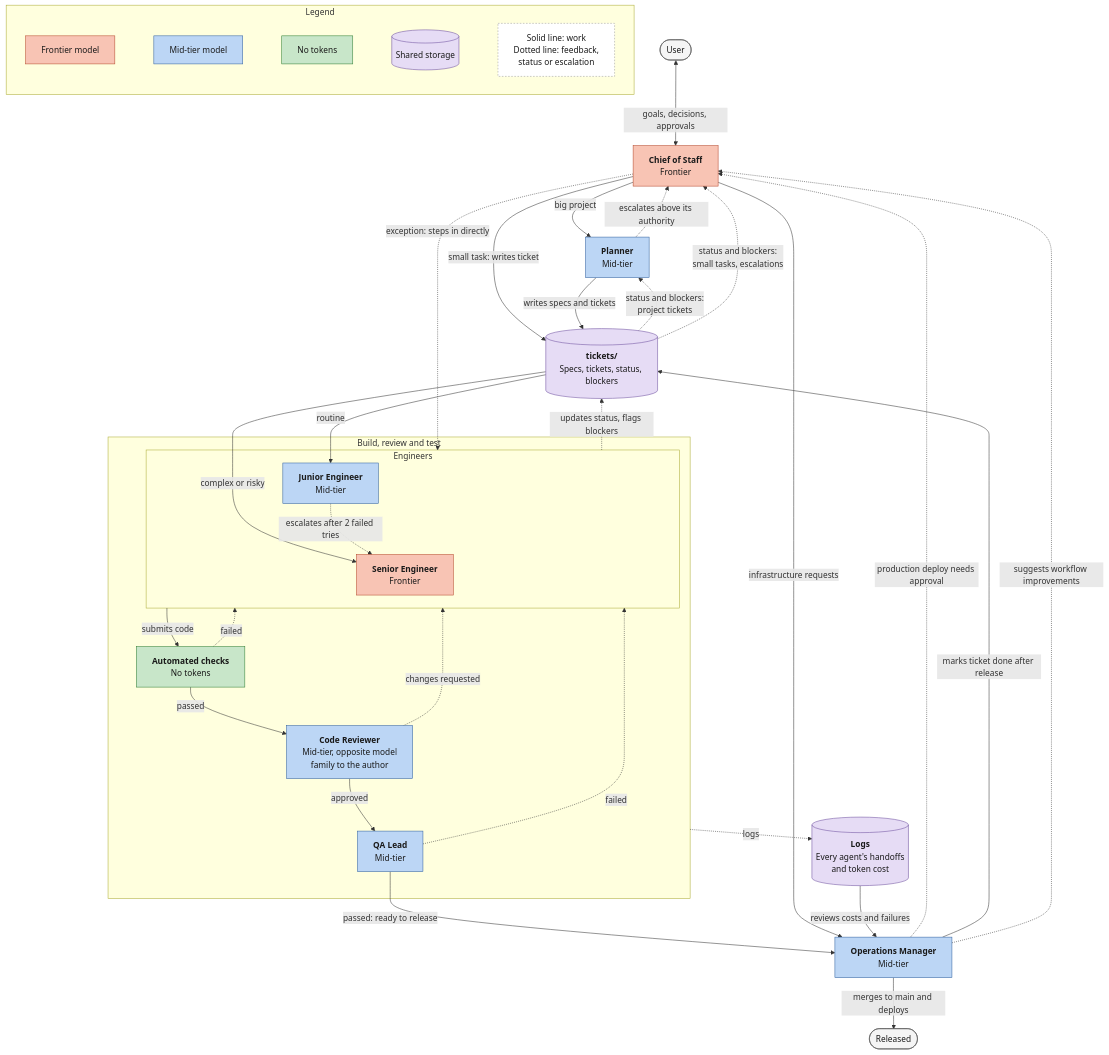
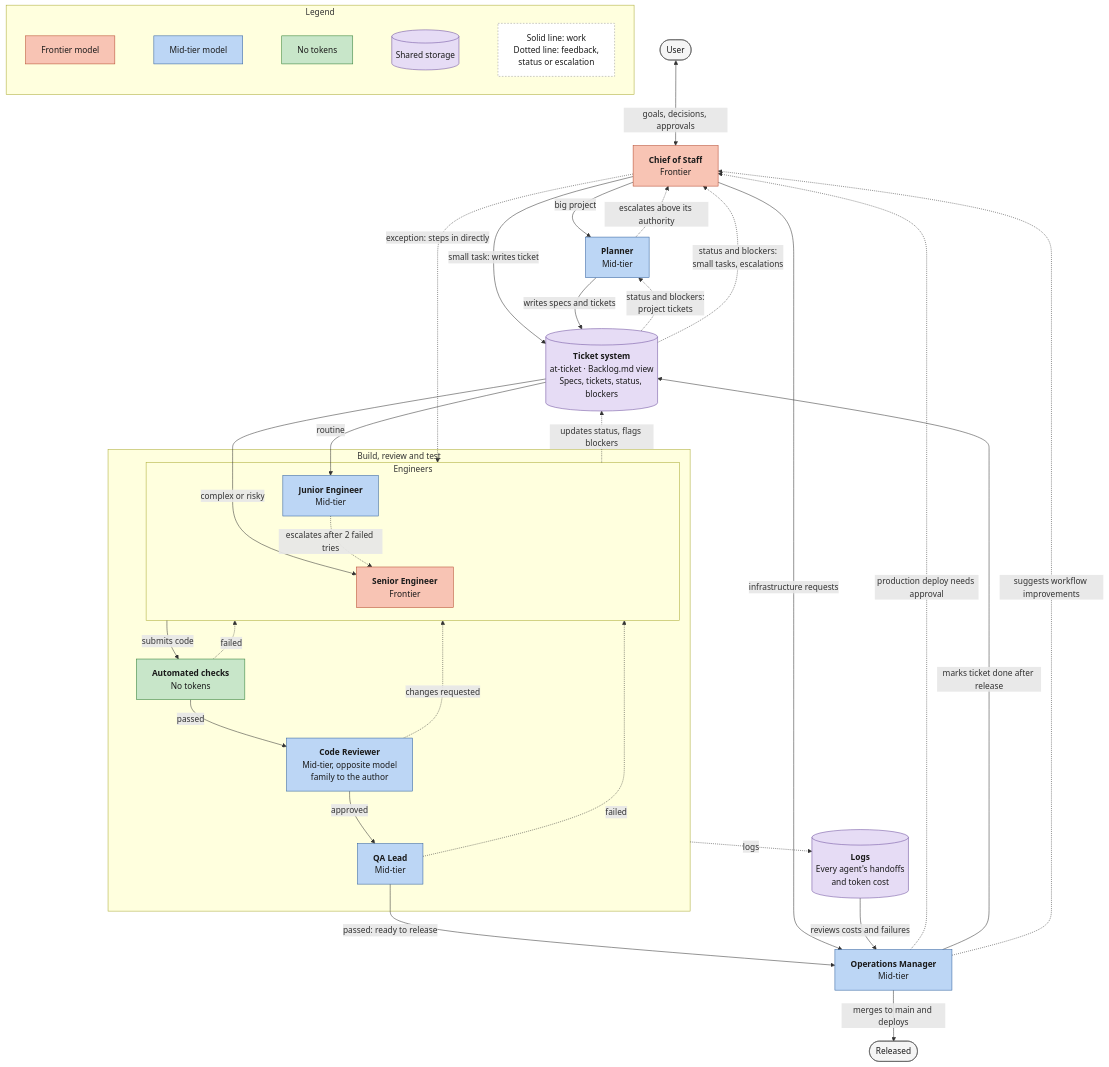
One commit to ProlesDei/maestro changed the diagram in docs/agent-team.mermaid. Above: the diagram before and after it, drawn with Mermaid. The commit also changed 45 other files, not shown here.

```diff
--- a/docs/agent-team.mermaid
+++ b/docs/agent-team.mermaid
@@ -1,83 +1,83 @@
 flowchart TD
     User([User])
 
     CoS["<b>Chief of Staff</b><br/>Frontier"]
     Planner["<b>Planner</b><br/>Mid-tier"]
-    Tickets[("<b>tickets/</b><br/>Specs, tickets, status, blockers")]
+    Tickets[("<b>Ticket system</b><br/>at-ticket · Backlog.md view<br/>Specs, tickets, status, blockers")]
 
     subgraph Build ["Build, review and test"]
         subgraph Engineers ["Engineers"]
             SSE["<b>Senior Engineer</b><br/>Frontier"]
             JSE["<b>Junior Engineer</b><br/>Mid-tier"]
         end
         Checks["<b>Automated checks</b><br/>No tokens"]
         CR["<b>Code Reviewer</b><br/>Mid-tier, opposite model<br/>family to the author"]
         QA["<b>QA Lead</b><br/>Mid-tier"]
     end
 
     Ops["<b>Operations Manager</b><br/>Mid-tier"]
     Logs[("<b>Logs</b><br/>Every agent's handoffs<br/>and token cost")]
     Done([Released])
 
     %% User and Chief of Staff
     User <-->|"goals, decisions, approvals"| CoS
 
     %% Planning
     CoS -->|"big project"| Planner
     CoS -->|"small task: writes ticket"| Tickets
     Planner -->|"writes specs and tickets"| Tickets
     Planner -.->|"escalates above its authority"| CoS
 
-    %% Status and blockers flow through the tickets folder
+    %% Status and blockers flow through the ticket system
     Tickets -.->|"status and blockers:<br/>project tickets"| Planner
     Tickets -.->|"status and blockers:<br/>small tasks, escalations"| CoS
 
     %% Engineers pick up work
     Tickets -->|"complex or risky"| SSE
     Tickets -->|"routine"| JSE
     JSE -.->|"escalates after 2 failed tries"| SSE
     Engineers -.->|"updates status, flags blockers"| Tickets
 
     %% Build, review, test
     Engineers -->|"submits code"| Checks
     Checks -->|"passed"| CR
     CR -->|"approved"| QA
     Checks -.->|"failed"| Engineers
     CR -.->|"changes requested"| Engineers
     QA -.->|"failed"| Engineers
 
     %% Exception path
     CoS -.->|"exception: steps in directly"| Engineers
 
     %% Release
     QA -->|"passed: ready to release"| Ops
     Ops -.->|"production deploy needs approval"| CoS
     Ops -->|"merges to main and deploys"| Done
     Ops -->|"marks ticket done after release"| Tickets
 
     %% Operations
     CoS -->|"infrastructure requests"| Ops
     Build -.->|"logs"| Logs
     Logs -->|"reviews costs and failures"| Ops
     Ops -.->|"suggests workflow improvements"| CoS
 
     %% Legend
     subgraph Legend ["Legend"]
         direction LR
         L1["Frontier model"] ~~~ L2["Mid-tier model"] ~~~ L3["No tokens"] ~~~ L4[("Shared storage")] ~~~ L5["Solid line: work<br/>Dotted line: feedback,<br/>status or escalation"]
     end
 
     %% Styles by cost tier
     classDef frontier fill:#f8c4b4,stroke:#b5472b,color:#1a1a1a
     classDef mid fill:#bcd6f5,stroke:#2f5f9e,color:#1a1a1a
     classDef free fill:#c8e6c9,stroke:#2e7d32,color:#1a1a1a
     classDef storage fill:#e6dcf5,stroke:#6a4c9c,color:#1a1a1a
     classDef person fill:#f5f5f5,stroke:#555,color:#1a1a1a
     classDef note fill:#ffffff,stroke:#999,color:#1a1a1a,stroke-dasharray:3 3
 
     class CoS,SSE,L1 frontier
     class Planner,JSE,CR,QA,Ops,L2 mid
     class Checks,L3 free
     class Tickets,Logs,L4 storage
     class User,Done person
     class L5 note
```
